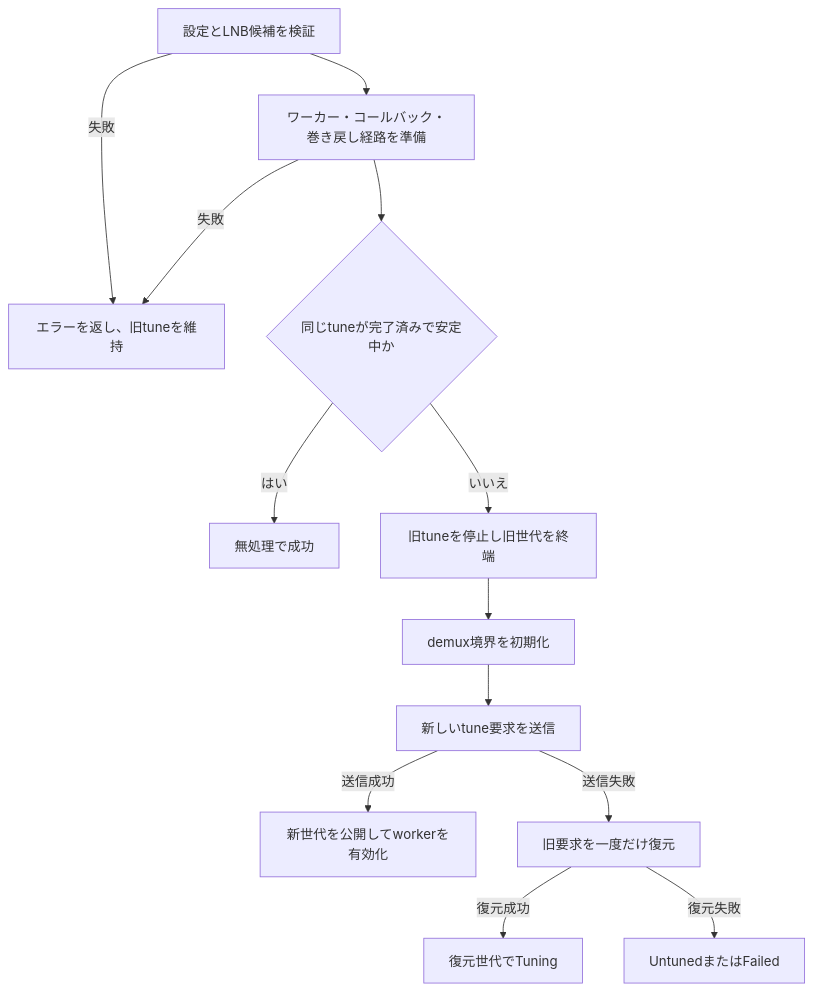
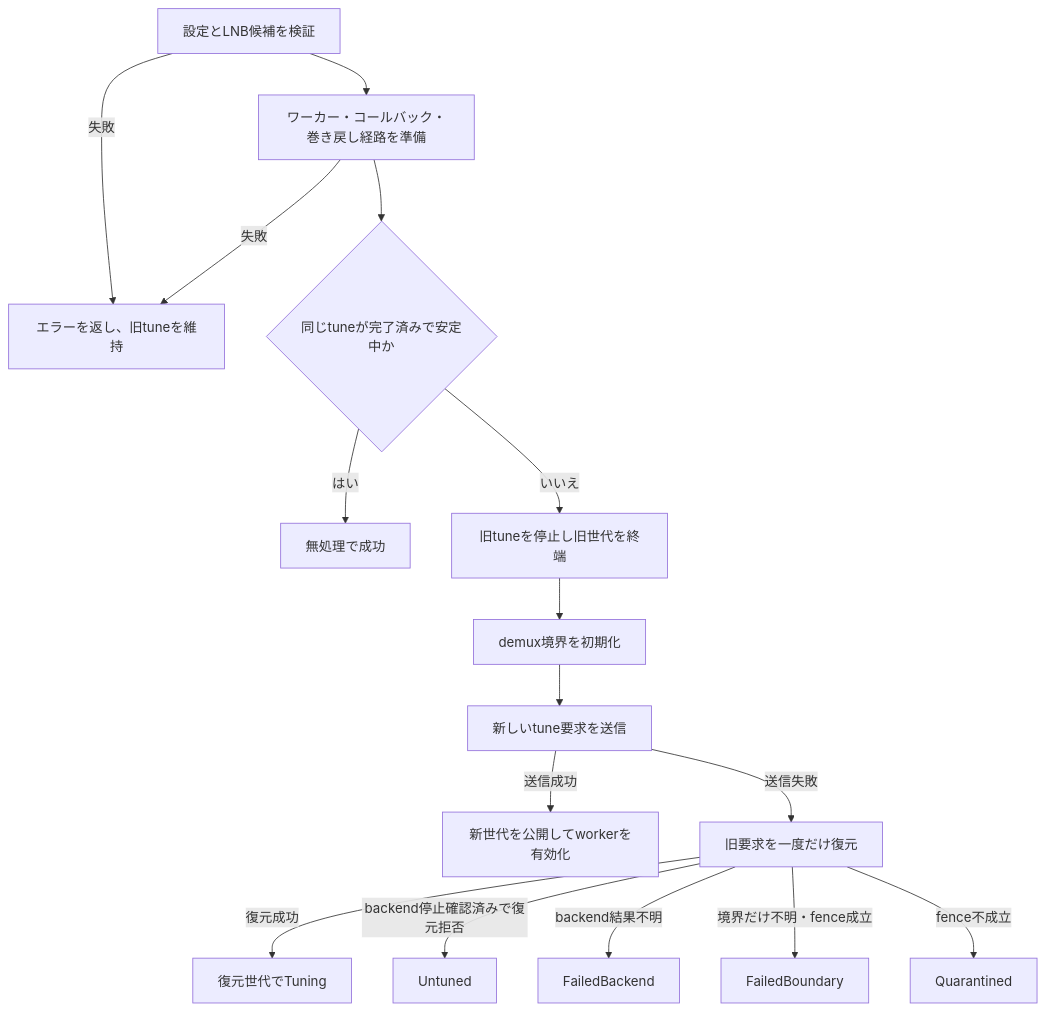
Before and after one commit to kazuki0824/tv: the second of 2 diagrams in tuner_hal/DESIGN_JA.md, drawn with Mermaid. The commit also changed other lines of this file, not shown here.

````diff
--- a/tuner_hal/DESIGN_JA.md
+++ b/tuner_hal/DESIGN_JA.md
@@ -1242,17 +1268,20 @@
 ```mermaid
 flowchart TD
     A[設定とLNB候補を検証] -->|失敗| B[エラーを返し、旧tuneを維持]
     A --> C[ワーカー・コールバック・巻き戻し経路を準備]
     C -->|失敗| B
     C --> D{同じtuneが完了済みで安定中か}
     D -->|はい| E[無処理で成功]
     D -->|いいえ| F[旧tuneを停止し旧世代を終端]
     F --> G[demux境界を初期化]
     G --> H[新しいtune要求を送信]
     H -->|送信成功| I[新世代を公開してworkerを有効化]
     H -->|送信失敗| J[旧要求を一度だけ復元]
     J -->|復元成功| K[復元世代でTuning]
-    J -->|復元失敗| L[UntunedまたはFailed]
+    J -->|backend停止確認済みで復元拒否| L[Untuned]
+    J -->|backend結果不明| M[FailedBackend]
+    J -->|境界だけ不明・fence成立| N[FailedBoundary]
+    J -->|fence不成立| O[Quarantined]
 
 
 ```
````
